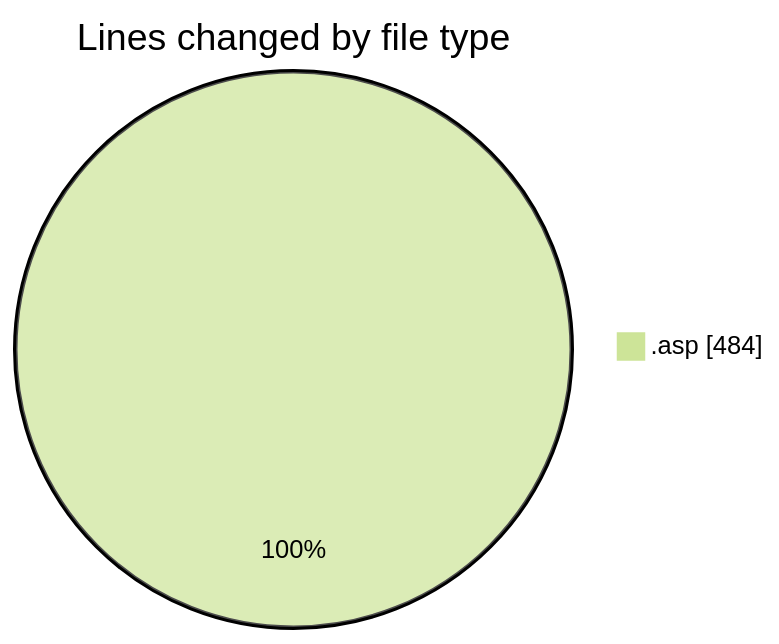
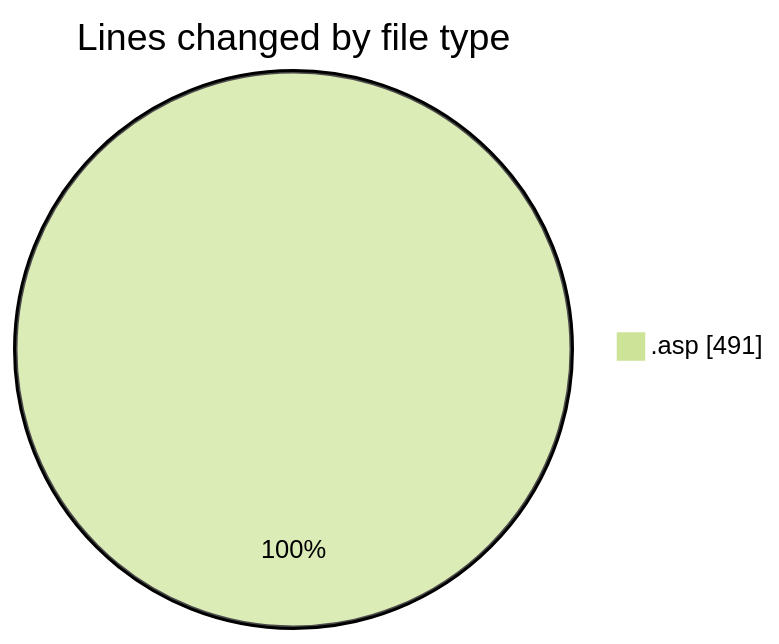
Before and after one commit to julien-gomy/code-tracking: the first of 2 diagrams in 2025-11-15/cdp_aleoudev_fr__workspace_/README.md, drawn with Mermaid (forest theme). The commit also changed other lines of this file and 1 other file, not shown here.

````diff
--- a/2025-11-15/cdp_aleoudev_fr__workspace_/README.md
+++ b/2025-11-15/cdp_aleoudev_fr__workspace_/README.md
@@ -25,5 +25,5 @@
 ```mermaid
 pie showData
 title Lines changed by file type
-".asp" : 484
+".asp" : 491
 ```
````
